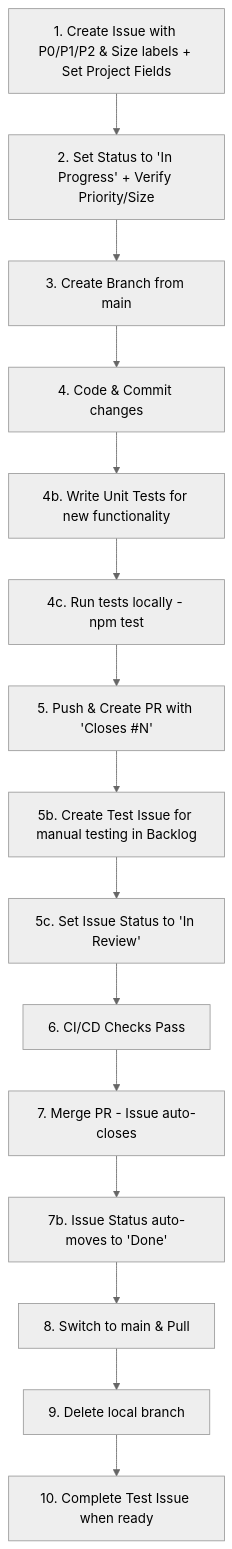
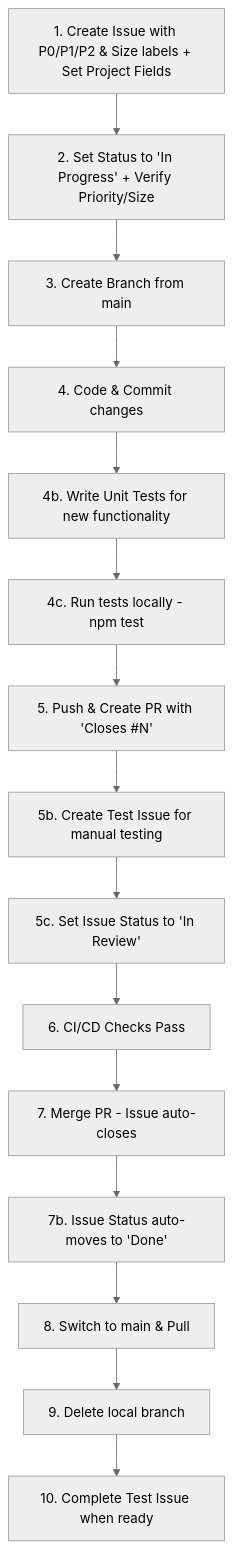
Before and after one commit to nmohamaya/Cooking_app: the diagram in MyRecipeApp/README.md, drawn with Mermaid (neutral theme). The commit also changed other lines of this file and 2 other files, not shown here.

First line of the commit message:
Implement Issue #77: TikTok and Instagram content extraction service

````diff
--- a/MyRecipeApp/README.md
+++ b/MyRecipeApp/README.md
@@ -116,17 +116,17 @@
 ```mermaid
 graph TD
     A[1. Create Issue with P0/P1/P2 & Size labels + Set Project Fields] --> B[2. Set Status to 'In Progress' + Verify Priority/Size]
     B --> C[3. Create Branch from main]
     C --> D[4. Code & Commit changes]
     D --> E[4b. Write Unit Tests for new functionality]
     E --> F[4c. Run tests locally - npm test]
     F --> G[5. Push & Create PR with 'Closes #N']
-    G --> H[5b. Create Test Issue for manual testing in Backlog]
+    G --> H[5b. Create Test Issue for manual testing]
     H --> I[5c. Set Issue Status to 'In Review']
     I --> J[6. CI/CD Checks Pass]
     J --> K[7. Merge PR - Issue auto-closes]
     K --> L[7b. Issue Status auto-moves to 'Done']
     L --> M[8. Switch to main & Pull]
     M --> N[9. Delete local branch]
     N --> O[10. Complete Test Issue when ready]
 ```
````
